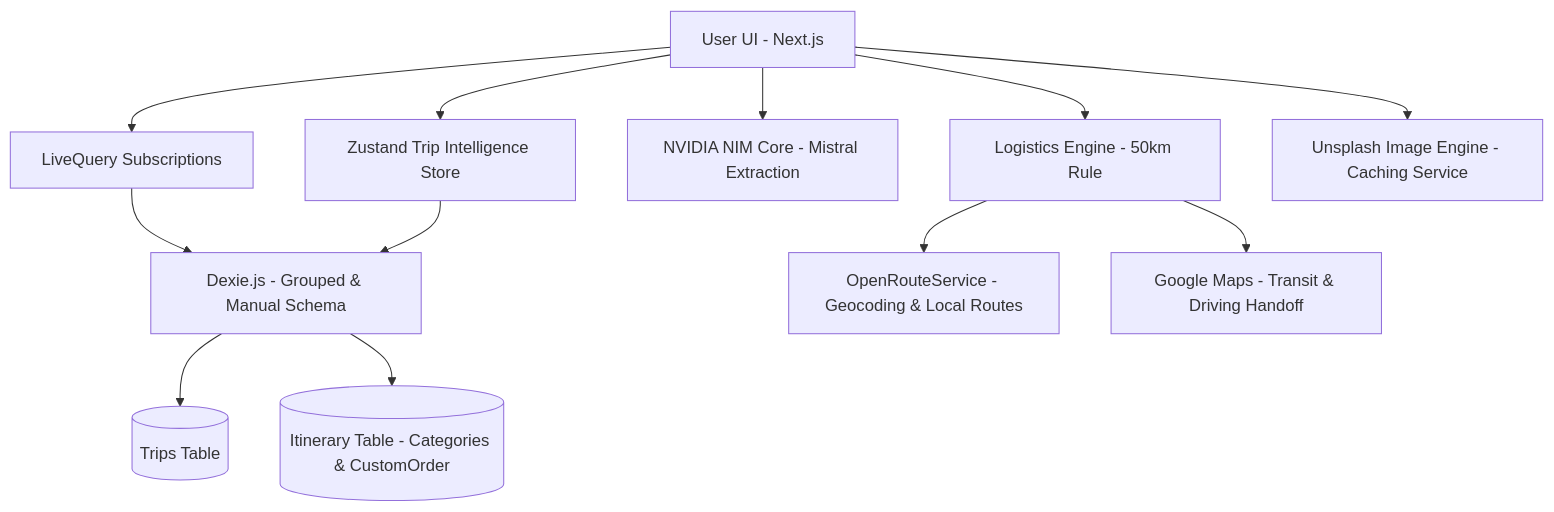
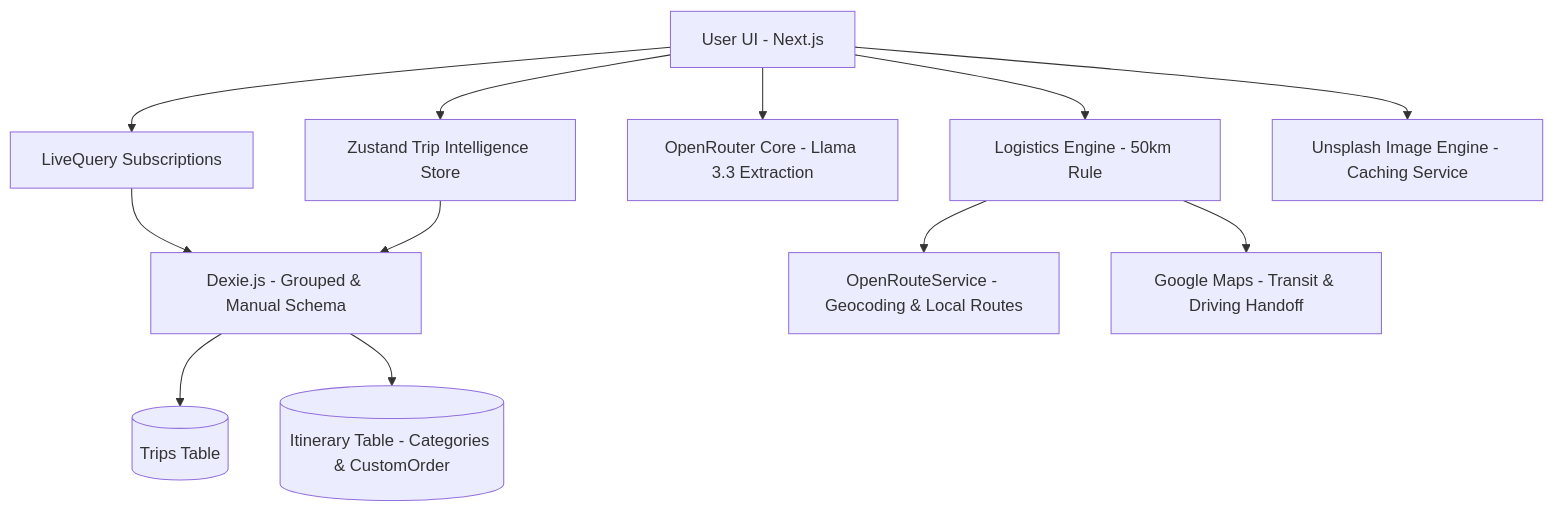
Before and after one commit to strike007-3000/RouteMate: the diagram in README.md, drawn with Mermaid. The commit also changed other lines of this file and 29 other files, not shown here.

````diff
--- a/README.md
+++ b/README.md
@@ -65,14 +45,14 @@
 ```mermaid
 graph TD
     A[User UI - Next.js] --> B[Zustand Trip Intelligence Store]
     A --> J[LiveQuery Subscriptions]
     J --> C[Dexie.js - Grouped & Manual Schema]
     B --> C
     C --> D[(Trips Table)]
     C --> E[(Itinerary Table - Categories & CustomOrder)]
-    A --> F[NVIDIA NIM Core - Mistral Extraction]
+    A --> F[OpenRouter Core - Llama 3.3 Extraction]
     A --> G[Logistics Engine - 50km Rule]
     A --> K[Unsplash Image Engine - Caching Service]
     G --> L[OpenRouteService - Geocoding & Local Routes]
     G --> H[Google Maps - Transit & Driving Handoff]
 ```
````
